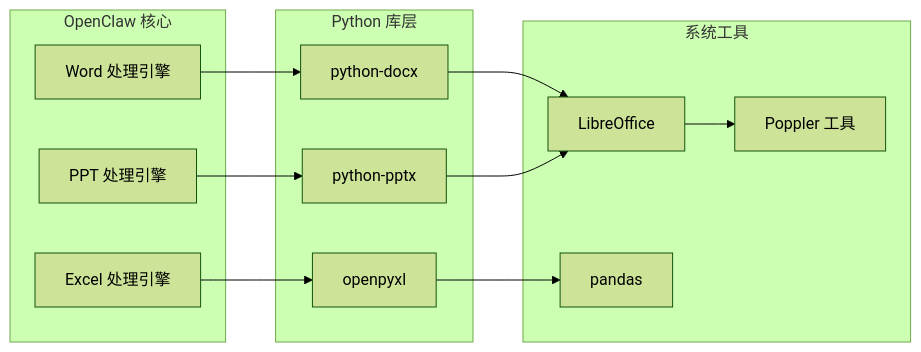
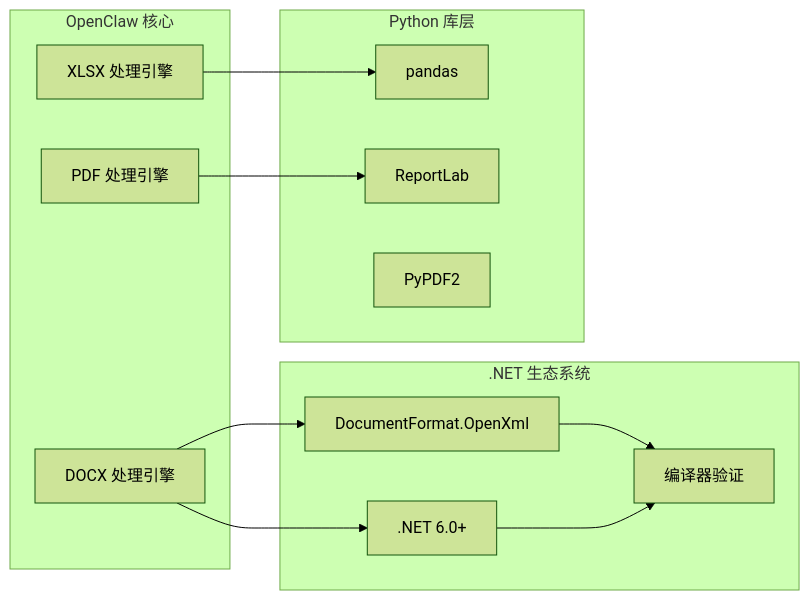
The sixth of 9 diagrams in .qoder/repowiki/zh/content/技能平台/内置技能/Word 文档处理技能.md (verse-ai-org/openclaw), drawn with Mermaid (forest theme) before and after one commit. The commit also changed other lines of this file and 48 other files, not shown here.

````diff
--- a/.qoder/repowiki/zh/content/技能平台/内置技能/Word 文档处理技能.md
+++ b/.qoder/repowiki/zh/content/技能平台/内置技能/Word 文档处理技能.md
@@ -248,25 +260,24 @@
 ```mermaid
 graph LR
 subgraph "OpenClaw 核心"
-A[Word 处理引擎]
-B[Excel 处理引擎]
-C[PPT 处理引擎]
+A[DOCX 处理引擎]
+B[PDF 处理引擎]
+C[XLSX 处理引擎]
+end
+subgraph ".NET 生态系统"
+D[DocumentFormat.OpenXml]
+E[.NET 6.0+]
+F[编译器验证]
 end
 subgraph "Python 库层"
-D[python-docx]
-E[openpyxl]
-F[python-pptx]
-end
-subgraph "系统工具"
-G[LibreOffice]
-H[Poppler 工具]
-I[pandas]
+G[pandas]
+H[ReportLab]
+I[PyPDF2]
 end
 A --> D
-B --> E
-C --> F
-D --> G
-E --> I
-F --> G
-G --> H
+A --> E
+B --> H
+C --> G
+D --> F
+E --> F
 ```
````
